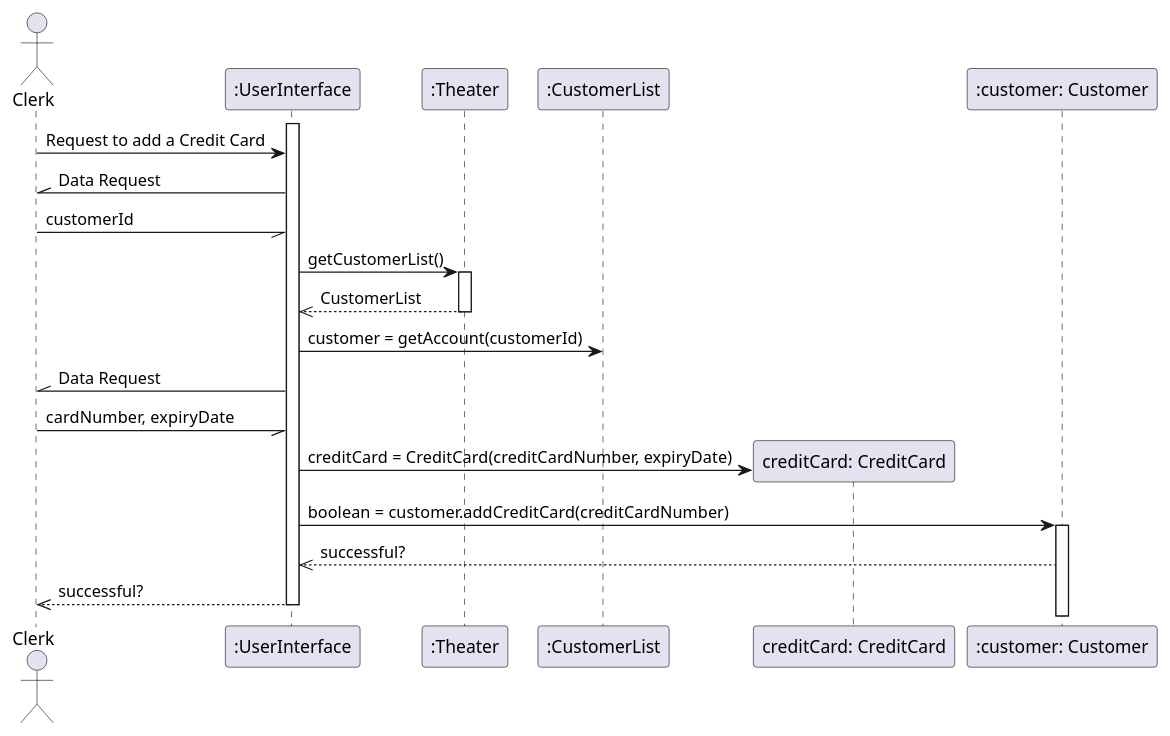
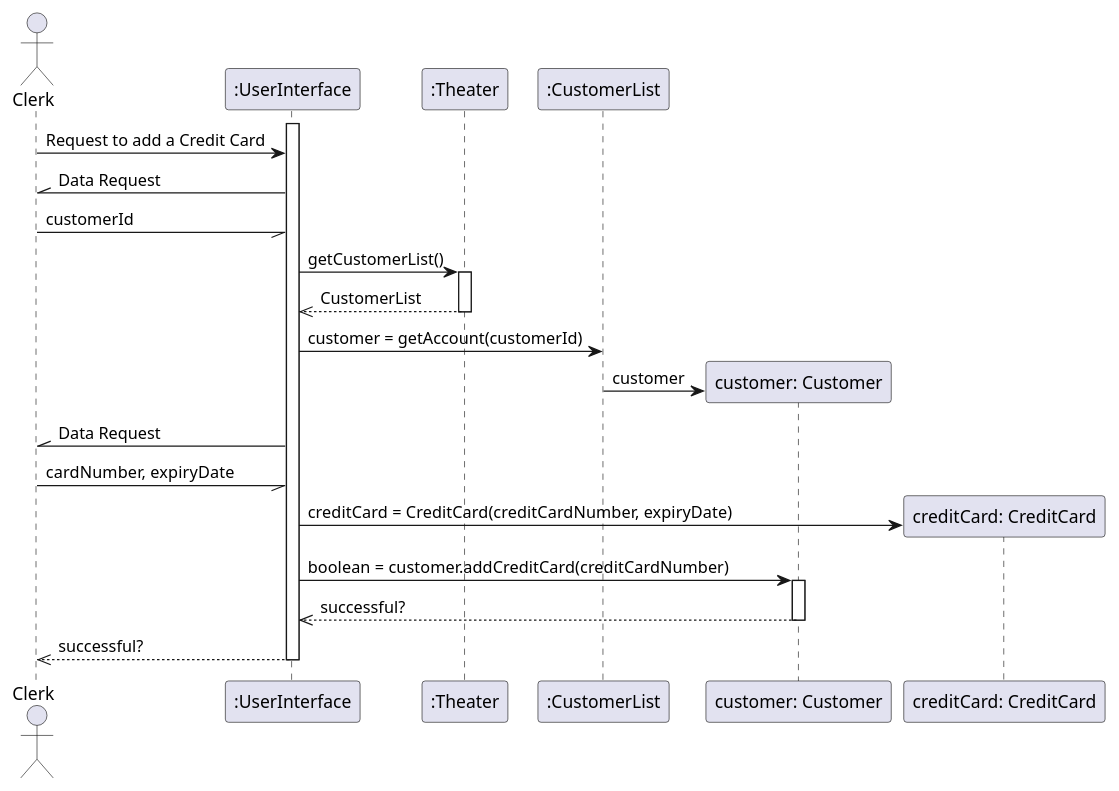
The diagram in src/SequenceDiagrams/AddCreditCard.pu (FreezeWarp/372Groupwork), drawn with PlantUML before and after one commit. The commit also changed 9 other files, not shown here.

Commit message:
Some sequence diagram fixes

```diff
--- a/src/SequenceDiagrams/AddCreditCard.pu
+++ b/src/SequenceDiagrams/AddCreditCard.pu
@@ -1,24 +1,27 @@
 @startuml
 actor Clerk
 
 activate ":UserInterface"
 Clerk -> ":UserInterface" : Request to add a Credit Card
 Clerk //- ":UserInterface": Data Request
 Clerk -// ":UserInterface": customerId
 
 ":UserInterface" -> ":Theater" : getCustomerList()
 activate ":Theater"
 ":Theater" -->> ":UserInterface": CustomerList
 deactivate ":Theater"
 ":UserInterface" -> ":CustomerList": customer = getAccount(customerId)
+create "customer: Customer"
+":CustomerList" -> "customer: Customer": customer
 Clerk //- ":UserInterface": Data Request
 Clerk -// ":UserInterface": cardNumber, expiryDate
 create "creditCard: CreditCard"
 ":UserInterface" -> "creditCard: CreditCard": creditCard = CreditCard(creditCardNumber, expiryDate)
-":UserInterface" -> ":customer: Customer" : boolean = customer.addCreditCard(creditCardNumber)
-activate ":customer: Customer"
-":customer: Customer" -->> ":UserInterface" : successful?
+":UserInterface" -> "customer: Customer" : boolean = customer.addCreditCard(creditCardNumber)
+activate "customer: Customer"
+"customer: Customer" -->> ":UserInterface" : successful?
+deactivate "customer: Customer"
 deactivate ":CustomerList"
 ":UserInterface" -->> Clerk : successful?
 deactivate ":UserInterface"
 @enduml
```
